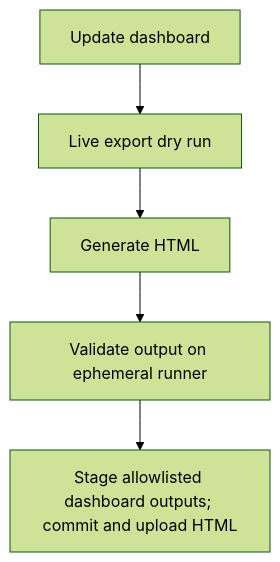
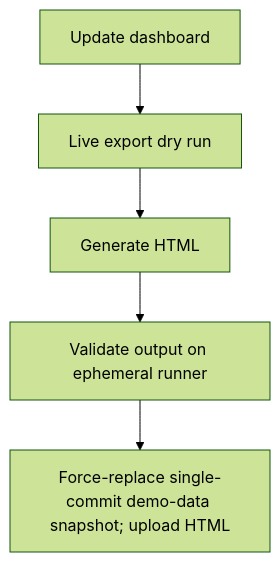
The diagram in docs/workflows.md (nathanmcnulty/defender-reporting), drawn with Mermaid (forest theme) before and after one commit. The commit also changed other lines of this file and 6 other files, not shown here.

First line of the commit message:
ci: publish daily demo data to a single-commit demo-data branch

````diff
--- a/docs/workflows.md
+++ b/docs/workflows.md
@@ -19,7 +19,7 @@
 ```mermaid
 flowchart TD
     A["Update dashboard"] --> B["Live export dry run"]
     B --> C["Generate HTML"]
     C --> D["Validate output on ephemeral runner"]
-    D --> E["Stage allowlisted dashboard outputs; commit and upload HTML"]
+    D --> E["Force-replace single-commit demo-data snapshot; upload HTML"]
 ```
````
